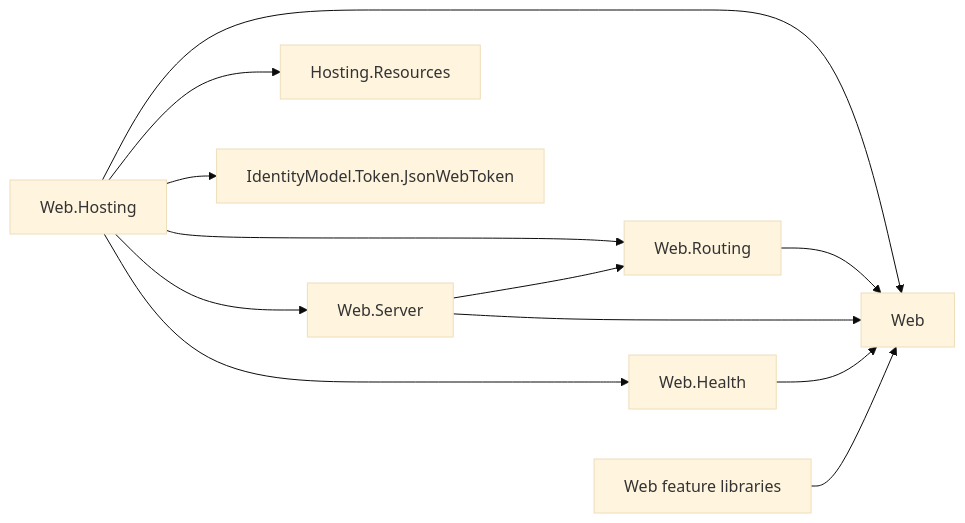
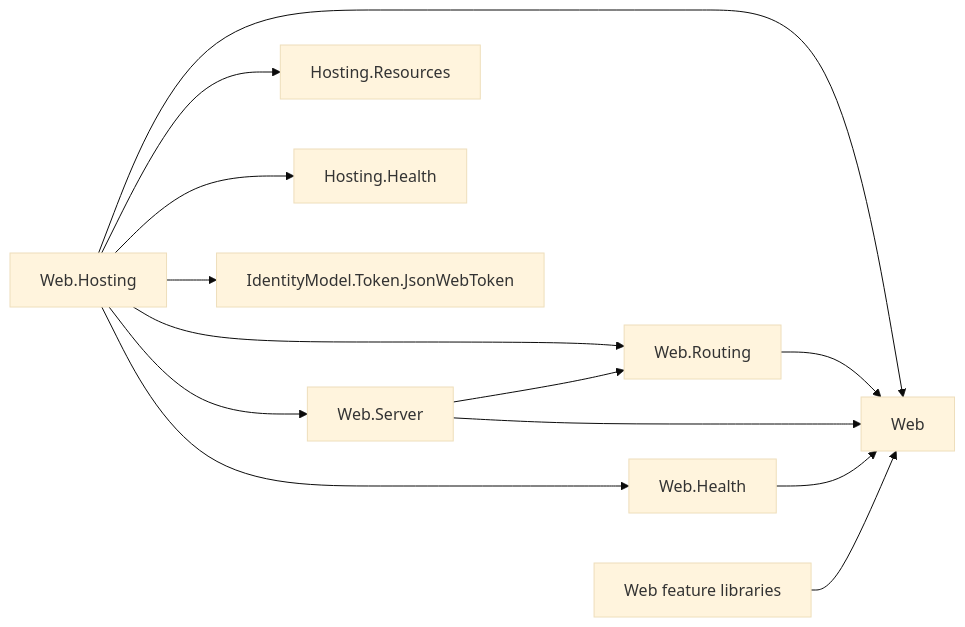
One commit to assimalign/cohesion changed the diagram in resources/Web/README.md. Above: the diagram before and after it, drawn with Mermaid (base theme). The commit also changed other lines of this file and 382 other files, not shown here.

````diff
--- a/resources/Web/README.md
+++ b/resources/Web/README.md
@@ -170,14 +171,15 @@
 ```mermaid
 flowchart LR
     Host["Web.Hosting"] --> Root["Web"]
     Host --> Routing["Web.Routing"]
     Host --> Server["Web.Server"]
     Host --> Health["Web.Health"]
     Routing --> Root
     Server --> Root
     Server --> Routing
     Host --> HR["Hosting.Resources"]
+    Host --> HH["Hosting.Health"]
     Host --> JWT["IdentityModel.Token.JsonWebToken"]
     Health --> Root
     Feature["Web feature libraries"] --> Root
 ```
````
